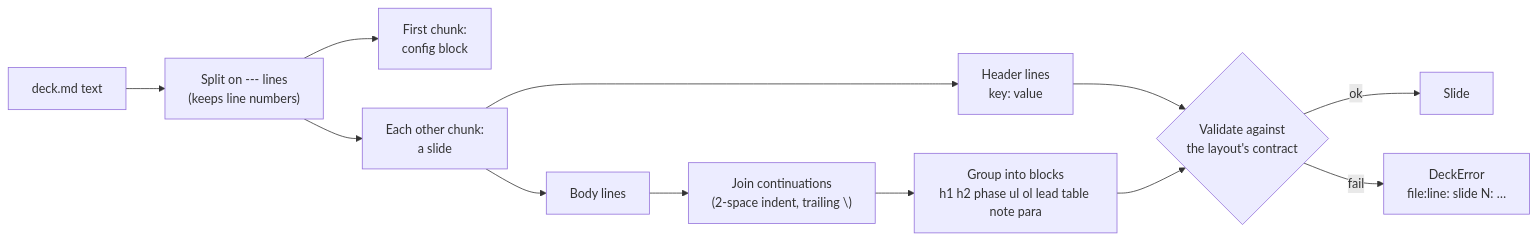
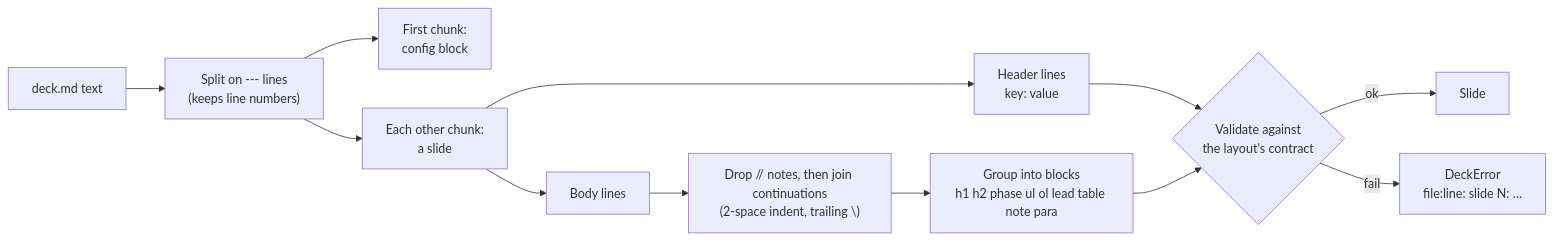
The seventh of 11 diagrams in docs/how-it-works.md (LunarCommand/akceo), drawn with Mermaid before and after one commit. The commit also changed 6 other files, not shown here.

First line of the commit message:
Drop // author notes from the deck

````diff
--- a/docs/how-it-works.md
+++ b/docs/how-it-works.md
@@ -244,14 +244,14 @@
 ```mermaid
 flowchart LR
     text["deck.md text"] --> chunks["Split on --- lines<br/>(keeps line numbers)"]
     chunks --> config["First chunk:<br/>config block"]
     chunks --> slides["Each other chunk:<br/>a slide"]
     slides --> header["Header lines<br/>key: value"]
     slides --> body["Body lines"]
-    body --> logical["Join continuations<br/>(2-space indent, trailing \)"]
+    body --> logical["Drop // notes, then join continuations<br/>(2-space indent, trailing \)"]
     logical --> blocks["Group into blocks<br/>h1 h2 phase ul ol lead table note para"]
     header --> check{"Validate against<br/>the layout's contract"}
     blocks --> check
     check -->|ok| slide["Slide"]
     check -->|fail| error["DeckError<br/>file:line: slide N: …"]
 ```
````
